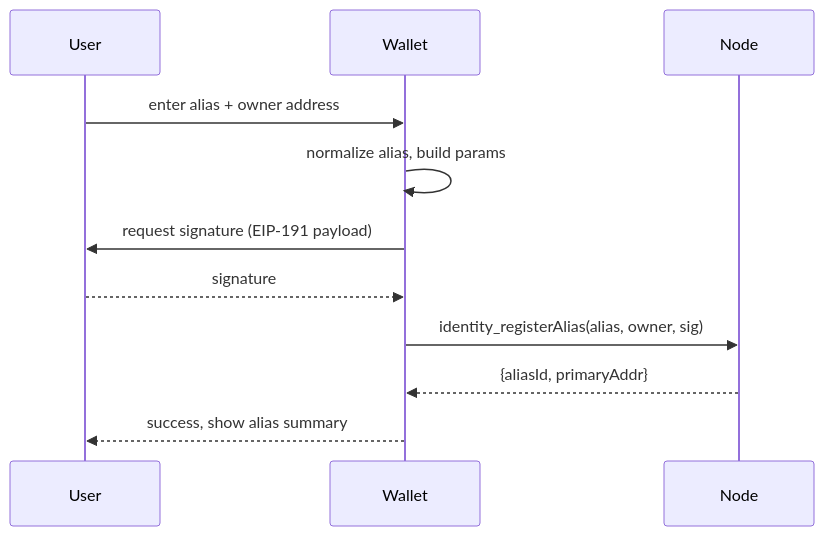
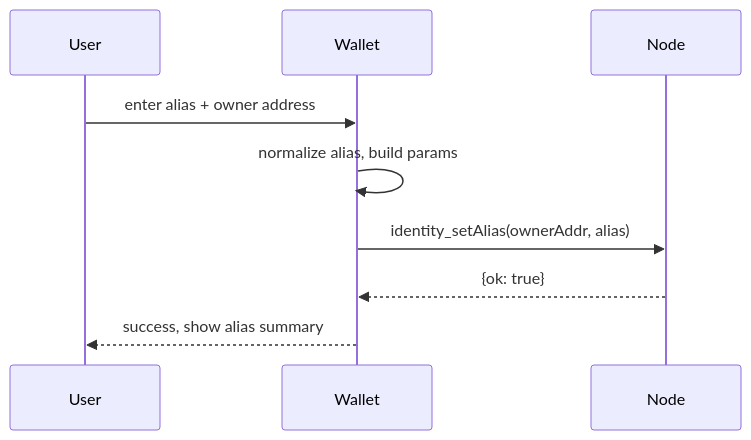
The first of 3 diagrams in docs/identity/identity.md (josephblackelite/nhbchain), drawn with Mermaid before and after one commit. The commit also changed other lines of this file and 18 other files, not shown here.

````diff
--- a/docs/identity/identity.md
+++ b/docs/identity/identity.md
@@ -78,13 +72,11 @@
 ```mermaid
 sequenceDiagram
   participant User
   participant Wallet
   participant Node
   User->>Wallet: enter alias + owner address
   Wallet->>Wallet: normalize alias, build params
-  Wallet->>User: request signature (EIP-191 payload)
-  User-->>Wallet: signature
-  Wallet->>Node: identity_registerAlias(alias, owner, sig)
-  Node-->>Wallet: {aliasId, primaryAddr}
+  Wallet->>Node: identity_setAlias(ownerAddr, alias)
+  Node-->>Wallet: {ok: true}
   Wallet-->>User: success, show alias summary
 ```
````
